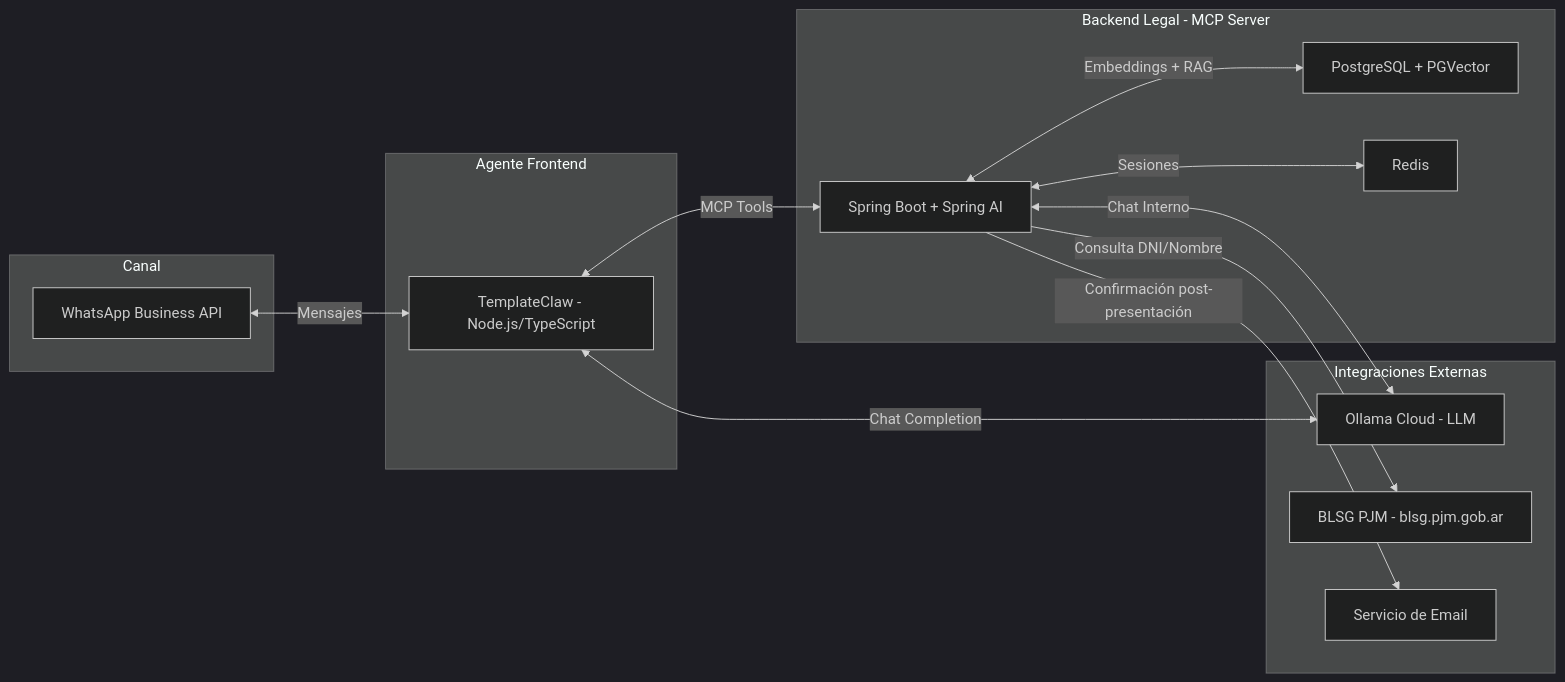
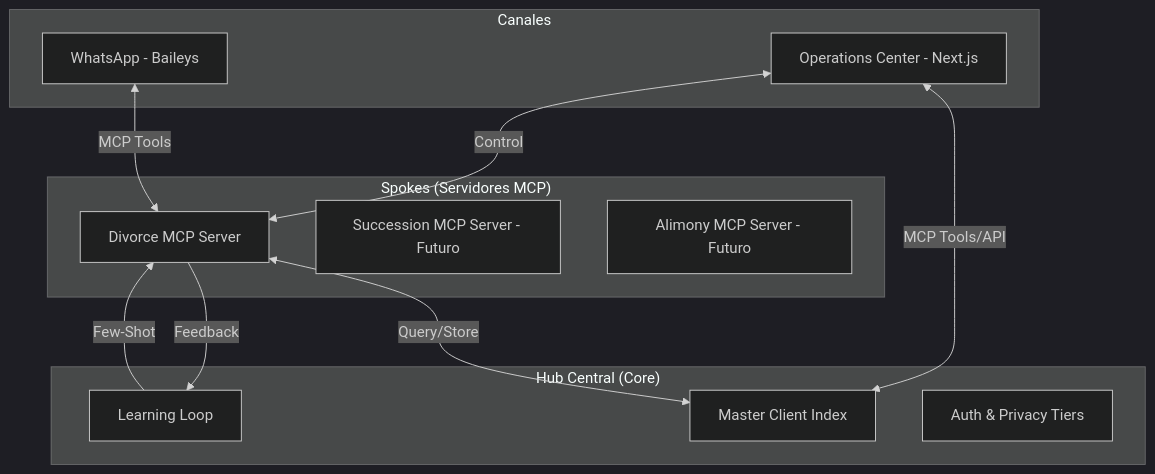
Before and after one commit to Evincere/lawrabot: the first of 4 diagrams in TechSpecs.md, drawn with Mermaid (dark theme). The commit also changed other lines of this file and 98 other files, not shown here.

````diff
--- a/TechSpecs.md
+++ b/TechSpecs.md
@@ -13,28 +13,26 @@
 ```mermaid
-graph LR
-    subgraph Canal
-        WA[WhatsApp Business API]
-    end
-    subgraph Agente Frontend
-        A[TemplateClaw - Node.js/TypeScript]
-    end
-    subgraph Backend Legal - MCP Server
-        B[Spring Boot + Spring AI]
-        C[PostgreSQL + PGVector]
-        D[Redis]
-    end
-    subgraph Integraciones Externas
-        E[Ollama Cloud - LLM]
-        BLSG[BLSG PJM - blsg.pjm.gob.ar]
-        EMAIL[Servicio de Email]
+graph TD
+    subgraph Canales
+        WA[WhatsApp - Baileys]
+        Web[Operations Center - Next.js]
     end
 
-    WA <-->|Mensajes| A
-    A <-->|MCP Tools| B
-    B <-->|Embeddings + RAG| C
-    B <-->|Sesiones| D
-    A <-->|Chat Completion| E
-    B <-->|Chat Interno| E
-    B -->|Consulta DNI/Nombre| BLSG
-    B -->|Confirmación post-presentación| EMAIL
+    subgraph "Hub Central (Core)"
+        MCI[Master Client Index]
+        LL[Learning Loop]
+        RBAC[Auth & Privacy Tiers]
+    end
+
+    subgraph "Spokes (Servidores MCP)"
+        Divorce[Divorce MCP Server]
+        Succ[Succession MCP Server - Futuro]
+        Alimony[Alimony MCP Server - Futuro]
+    end
+
+    WA <-->|MCP Tools| Divorce
+    Web <-->|MCP Tools/API| MCI
+    Web <-->|Control| Divorce
+    Divorce <-->|Query/Store| MCI
+    Divorce -->|Feedback| LL
+    LL -->|Few-Shot| Divorce
 ```
````
